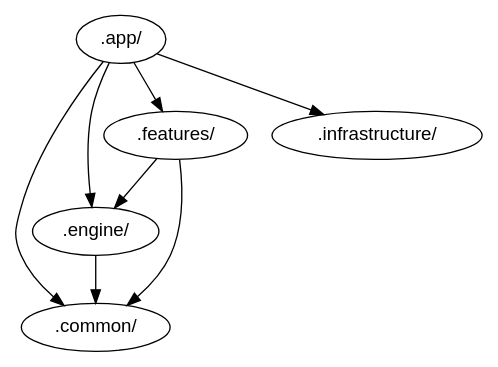
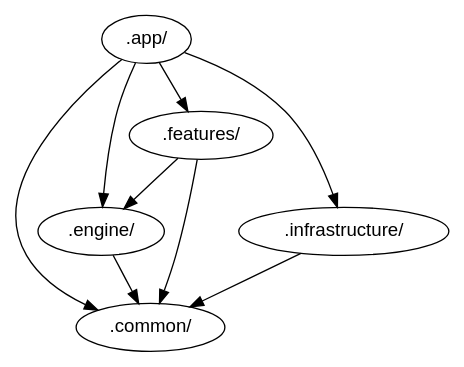
The diagram in docs/architecture/rings.dot (squliyev/bio-claim-check), drawn with Graphviz before and after one commit. The commit also changed 46 other files, not shown here.

```diff
--- a/docs/architecture/rings.dot
+++ b/docs/architecture/rings.dot
@@ -1,15 +1,16 @@
 digraph {
     node [fontname=helvetica]
     ".app" [label=".app/"]
     ".common" [label=".common/"]
     ".engine" [label=".engine/"]
     ".features" [label=".features/"]
     ".infrastructure" [label=".infrastructure/"]
     ".app" ->  ".common"
     ".app" ->  ".engine"
     ".app" ->  ".features"
     ".app" ->  ".infrastructure"
     ".engine" ->  ".common"
     ".features" ->  ".common"
     ".features" ->  ".engine"
+    ".infrastructure" ->  ".common"
 }
```
